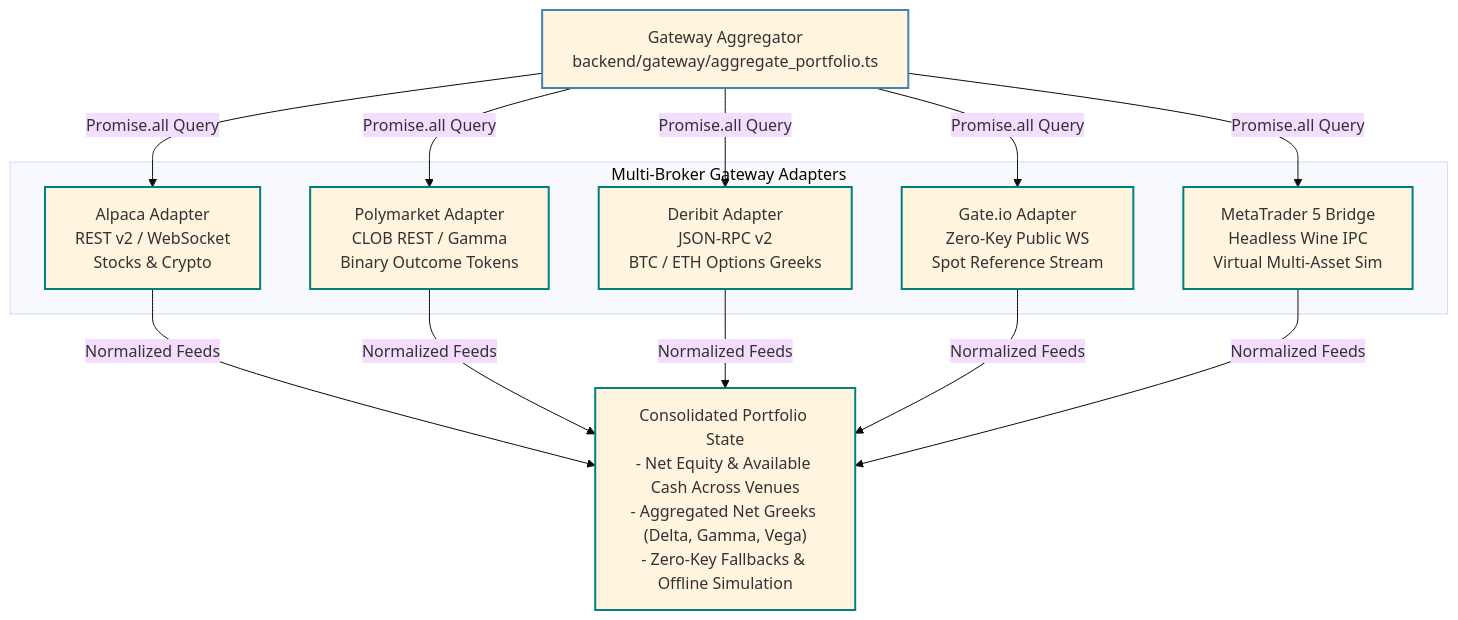
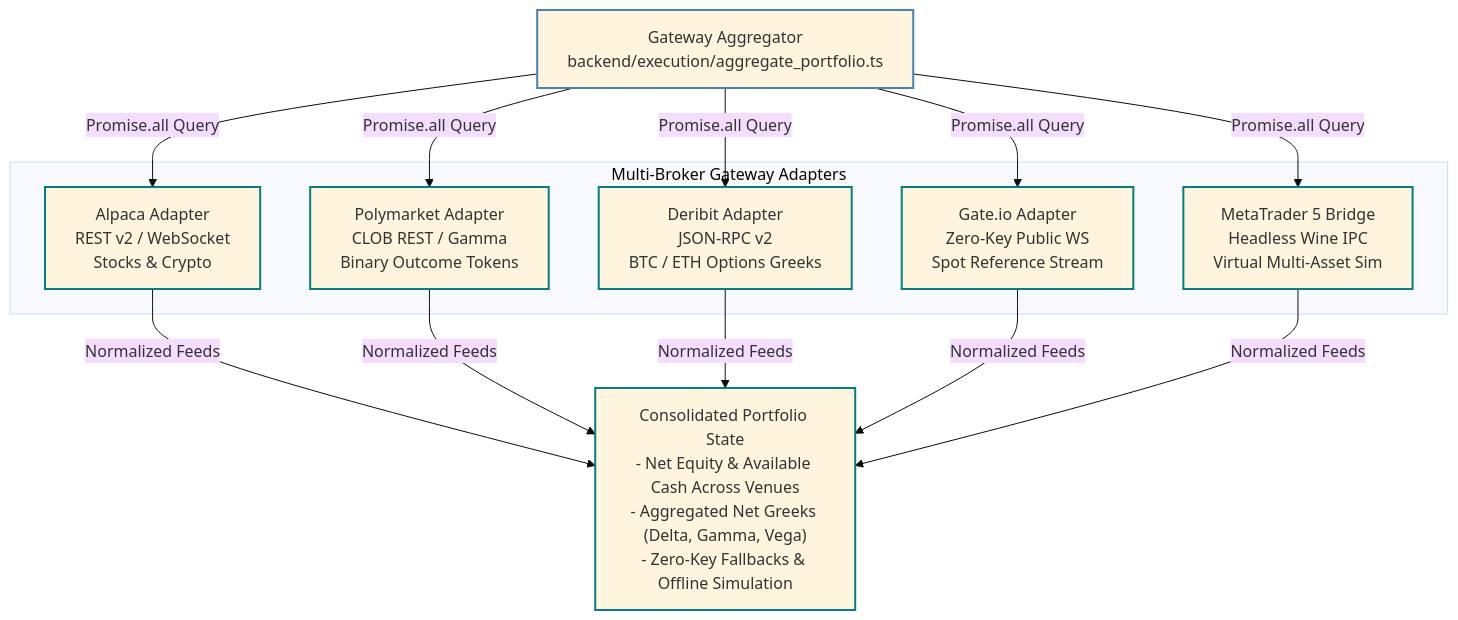
One commit to vgbn2/personal_finance_draft changed the sixth of 24 diagrams in docs/Reports/SOVEREIGN_END_TO_END_ARCHITECTURE_REPORT.md. Above: the diagram before and after it, drawn with Mermaid (base theme). The commit also changed other lines of this file and 178 other files, not shown here.

````diff
--- a/docs/Reports/SOVEREIGN_END_TO_END_ARCHITECTURE_REPORT.md
+++ b/docs/Reports/SOVEREIGN_END_TO_END_ARCHITECTURE_REPORT.md
@@ -606,24 +606,24 @@
 ```mermaid
 flowchart TD
     classDef control stroke:steelblue,stroke-width:2px;
     classDef data stroke:teal,stroke-width:2px;
     classDef warning stroke:goldenrod,stroke-width:2px;
     classDef critical stroke:crimson,stroke-width:2px;
     classDef neutral stroke:gray,stroke-width:1px;
 
-    AGG["Gateway Aggregator<br/>backend/gateway/aggregate_portfolio.ts"]:::control
+    AGG["Gateway Aggregator<br/>backend/execution/aggregate_portfolio.ts"]:::control
 
     subgraph Adapters["Multi-Broker Gateway Adapters"]
         A1["Alpaca Adapter<br/>REST v2 / WebSocket<br/>Stocks & Crypto"]:::data
         A2["Polymarket Adapter<br/>CLOB REST / Gamma<br/>Binary Outcome Tokens"]:::data
         A3["Deribit Adapter<br/>JSON-RPC v2<br/>BTC / ETH Options Greeks"]:::data
         A4["Gate.io Adapter<br/>Zero-Key Public WS<br/>Spot Reference Stream"]:::data
         A5["MetaTrader 5 Bridge<br/>Headless Wine IPC<br/>Virtual Multi-Asset Sim"]:::data
     end
 
     AGG -->|"Promise.all Query"| A1 & A2 & A3 & A4 & A5
 
     STATE["Consolidated Portfolio State<br/>- Net Equity & Available Cash Across Venues<br/>- Aggregated Net Greeks (Delta, Gamma, Vega)<br/>- Zero-Key Fallbacks & Offline Simulation"]:::data
 
     A1 & A2 & A3 & A4 & A5 -->|"Normalized Feeds"| STATE
 ```
````
